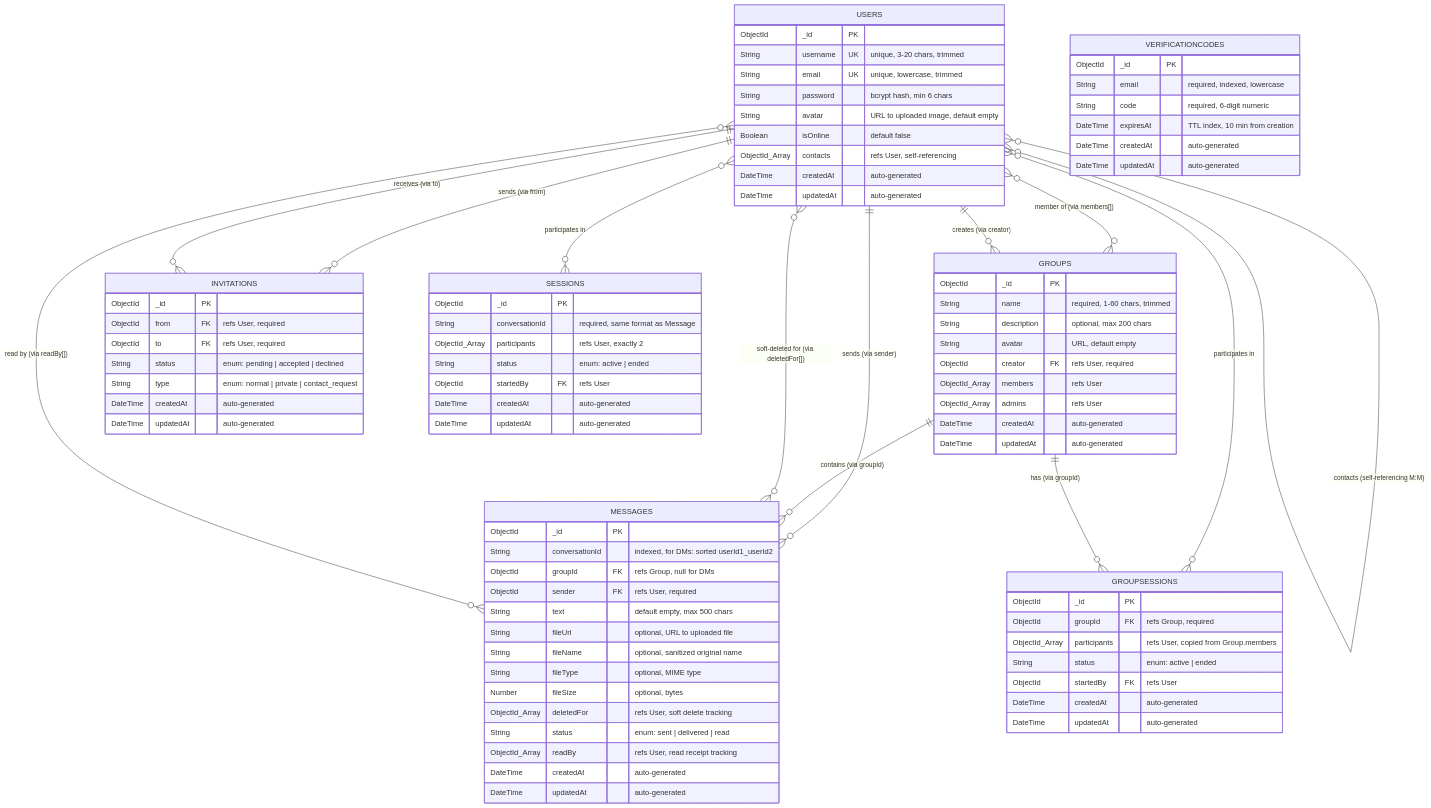
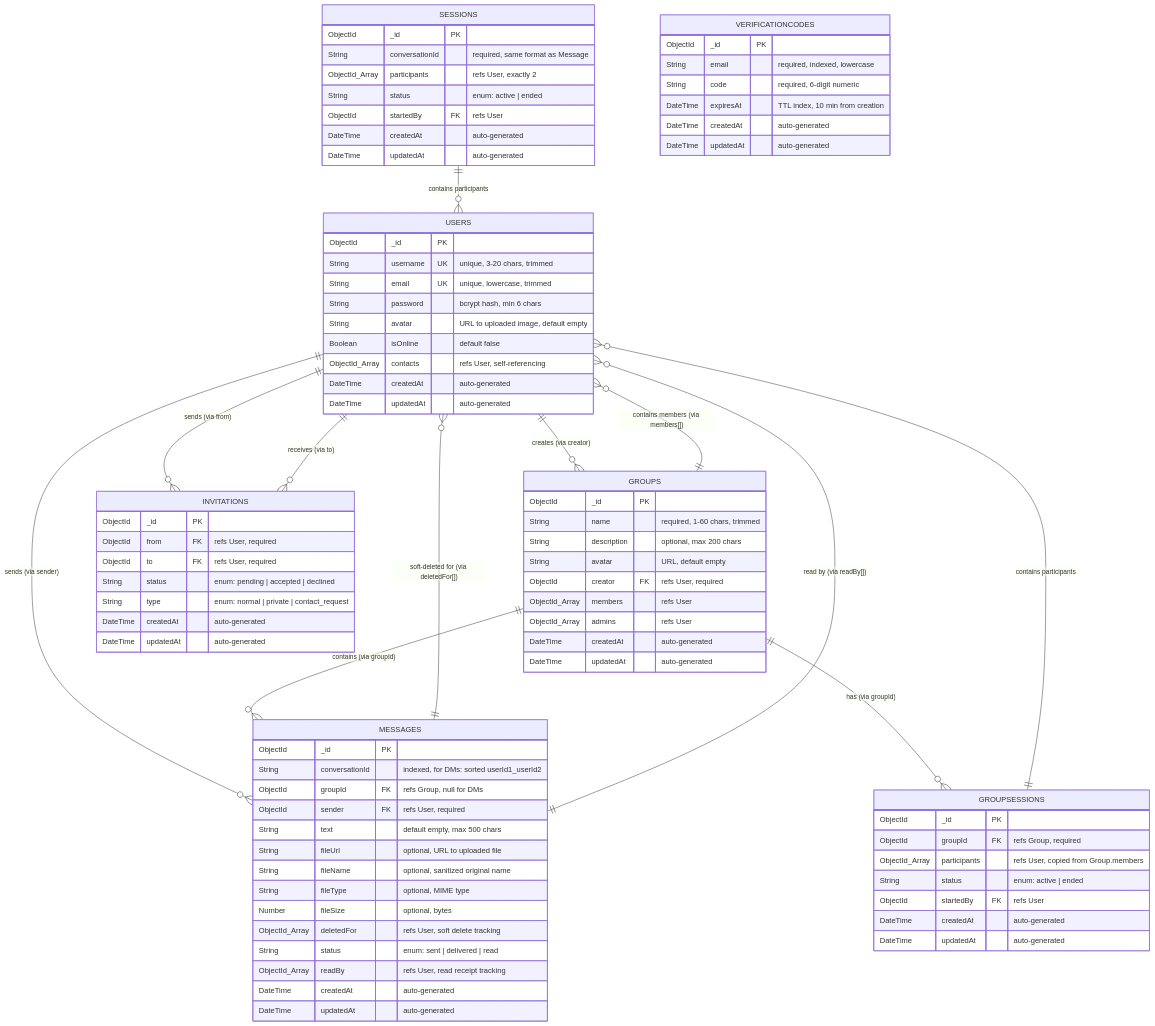
The diagram in report_sections/section_5_2_er_diagram.md (Aften-Himmel/privacy_chat), drawn with Mermaid before and after one commit. The commit also changed 23 other files, not shown here.

````diff
--- a/report_sections/section_5_2_er_diagram.md
+++ b/report_sections/section_5_2_er_diagram.md
@@ -85,15 +85,14 @@
     }
 
     USERS ||--o{ MESSAGES : "sends (via sender)"
-    USERS }o--o{ USERS : "contacts (self-referencing M:M)"
     USERS ||--o{ INVITATIONS : "sends (via from)"
     USERS ||--o{ INVITATIONS : "receives (via to)"
-    USERS }o--o{ GROUPS : "member of (via members[])"
+    GROUPS ||--o{ USERS : "contains members (via members[])"
     USERS ||--o{ GROUPS : "creates (via creator)"
-    USERS }o--o{ SESSIONS : "participates in"
-    USERS }o--o{ GROUPSESSIONS : "participates in"
+    SESSIONS ||--o{ USERS : "contains participants"
+    GROUPSESSIONS ||--o{ USERS : "contains participants"
     GROUPS ||--o{ MESSAGES : "contains (via groupId)"
     GROUPS ||--o{ GROUPSESSIONS : "has (via groupId)"
-    USERS }o--o{ MESSAGES : "soft-deleted for (via deletedFor[])"
-    USERS }o--o{ MESSAGES : "read by (via readBy[])"
+    MESSAGES ||--o{ USERS : "soft-deleted for (via deletedFor[])"
+    MESSAGES ||--o{ USERS : "read by (via readBy[])"
 ```
````
